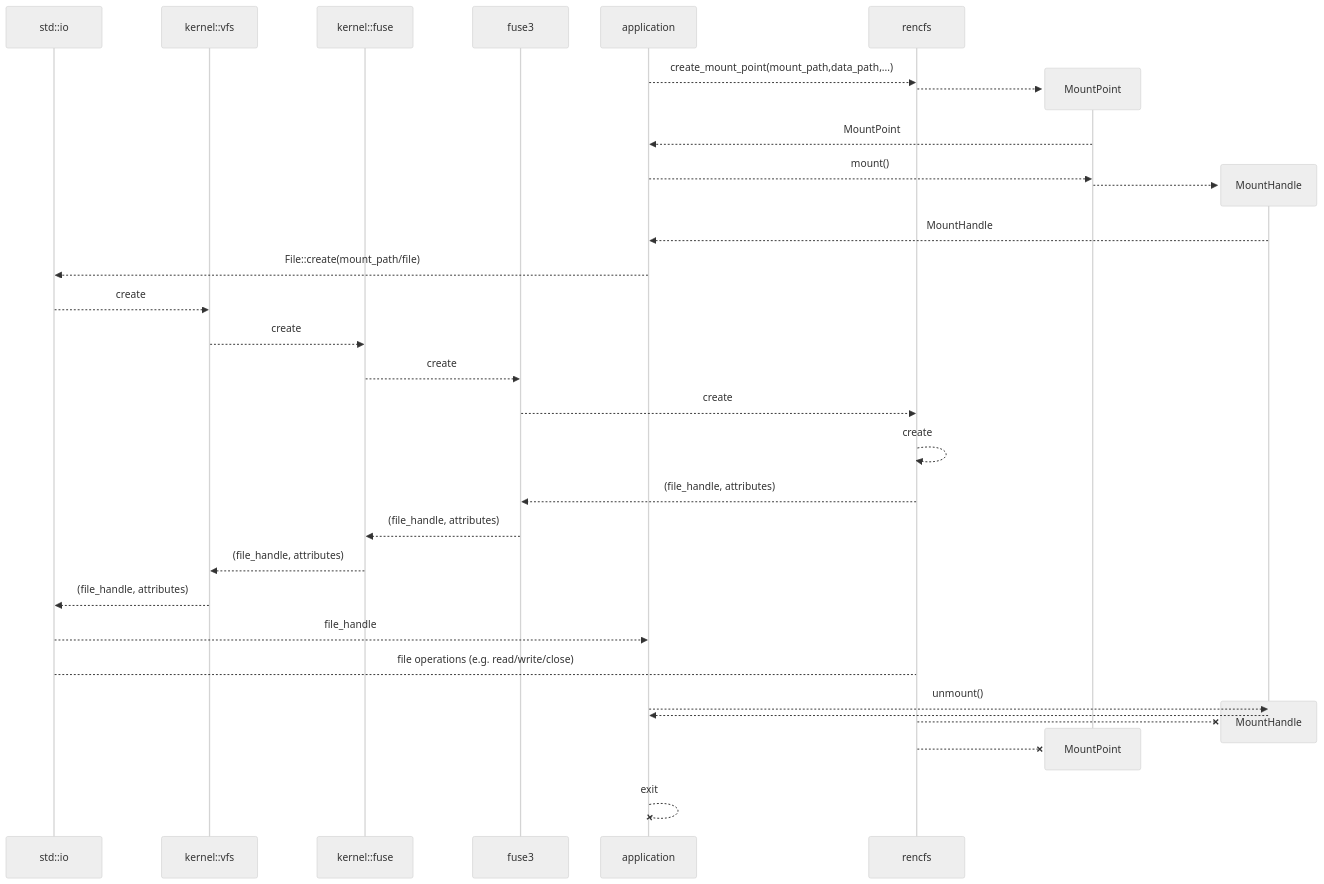
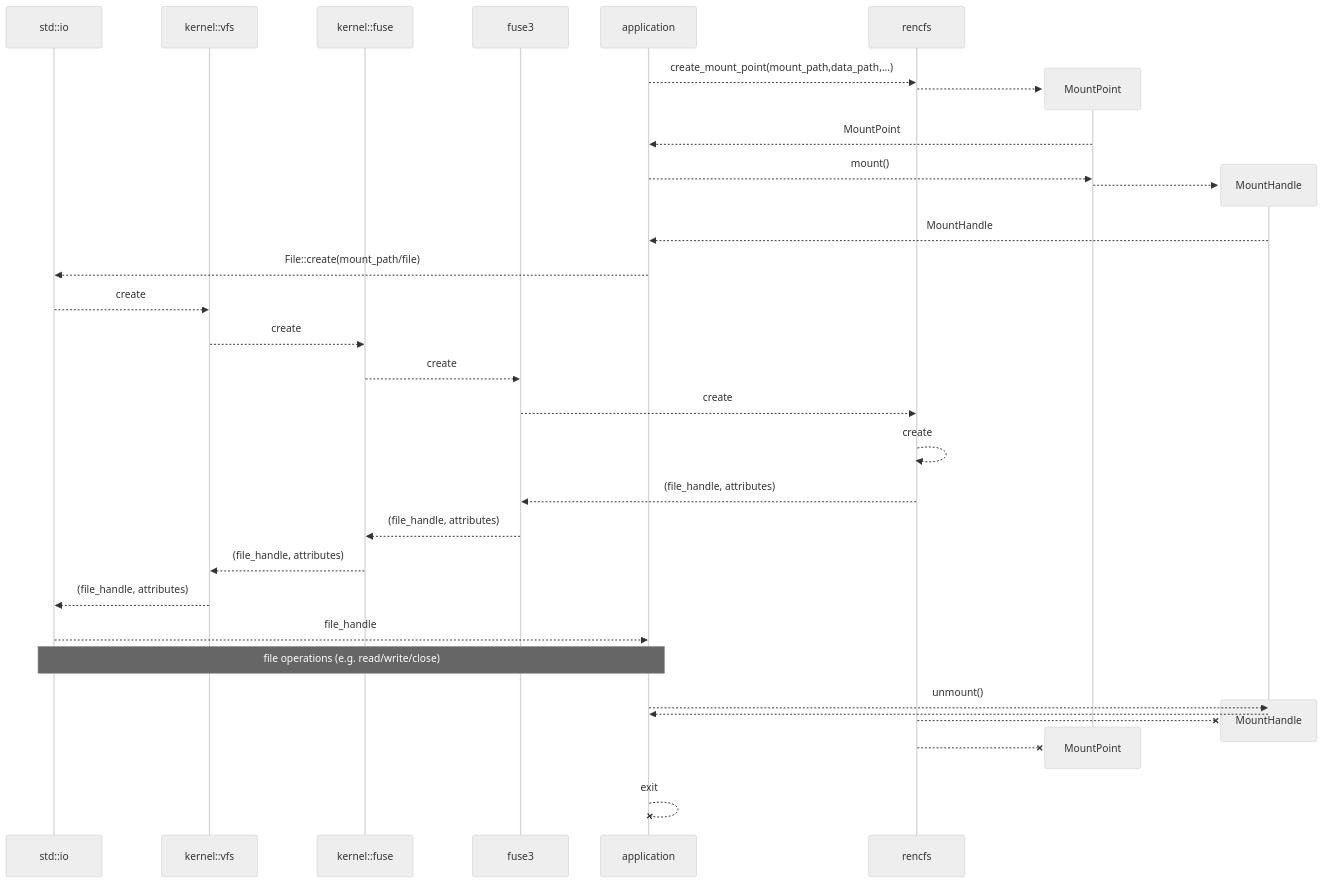
Before and after one commit to xoriors/rencfs: the diagram in doc/uml/lib_rencfs_usage.md, drawn with Mermaid (neutral theme). The commit also changed 1 other file, not shown here.

Commit message:
Included encryptedfs usage

````diff
--- a/doc/uml/lib_rencfs_usage.md
+++ b/doc/uml/lib_rencfs_usage.md
@@ -1,35 +1,35 @@
 ```mermaid
 sequenceDiagram
     participant stdio as std::io
     participant vfs as kernel::vfs
     participant fuse as kernel::fuse
     participant fuse3 as fuse3
     application -->> rencfs : create_mount_point(mount_path,data_path,...)
     create participant MountPoint 
     rencfs -->> MountPoint : 
     MountPoint -->> application : MountPoint
     application -->> MountPoint : mount()
     create participant MountHandle 
     MountPoint -->> MountHandle : 
     MountHandle -->> application : MountHandle
     application -->> stdio : File::create(mount_path/file)
     stdio -->> vfs : create 
     vfs -->> fuse : create 
     fuse -->> fuse3 : create 
     fuse3 -->> rencfs : create
     rencfs -->> rencfs : create
     rencfs -->> fuse3 : (file_handle, attributes)
     fuse3 -->> fuse : (file_handle, attributes)
     fuse -->> vfs : (file_handle, attributes)
     vfs -->> stdio : (file_handle, attributes)
     stdio -->> application : file_handle
-    stdio --> rencfs : file operations (e.g. read/write/close)
+    Note over stdio,application :  file operations (e.g. read/write/close)
     application -->> MountHandle : unmount()
     MountHandle -->> application : 
     destroy MountHandle 
     rencfs --x MountHandle : 
     destroy MountPoint
     rencfs --x MountPoint : 
     application --x application : exit
 
 ```
````
